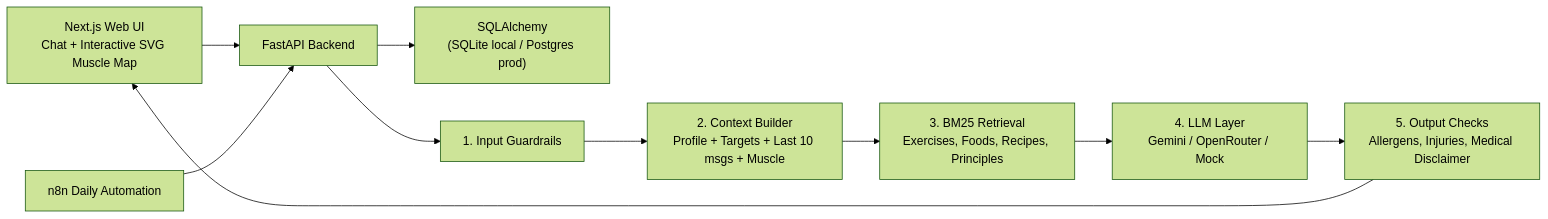
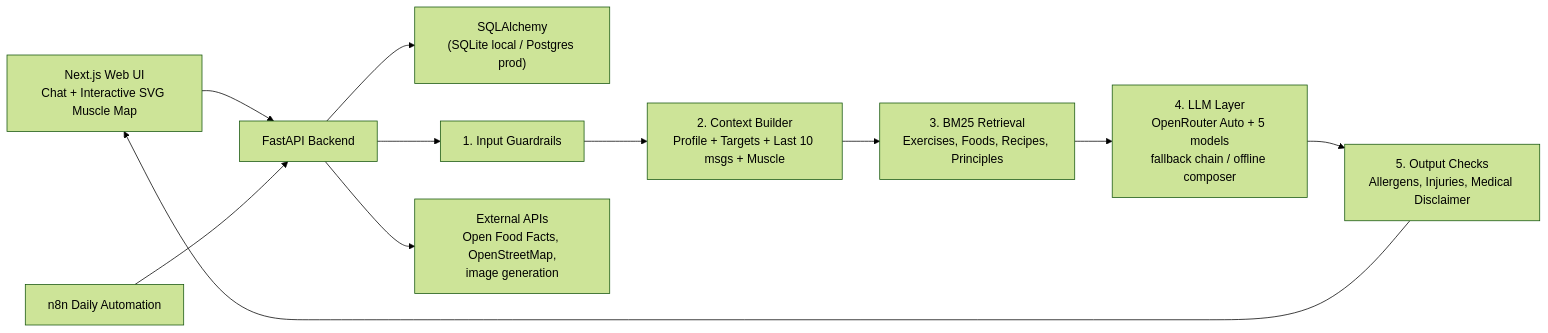
Before and after one commit to axhraf40/GymBuddyAI: the diagram in docs/REPORT.md, drawn with Mermaid (forest theme). The commit also changed other lines of this file and 8 other files, not shown here.

````diff
--- a/docs/REPORT.md
+++ b/docs/REPORT.md
@@ -56,12 +69,13 @@
 ```mermaid
 flowchart LR
   UI["Next.js Web UI<br/>Chat + Interactive SVG Muscle Map"] --> API["FastAPI Backend"]
   API --> DB["SQLAlchemy<br/>(SQLite local / Postgres prod)"]
   API --> G1["1. Input Guardrails"]
   G1 --> CTX["2. Context Builder<br/>Profile + Targets + Last 10 msgs + Muscle"]
   CTX --> RAG["3. BM25 Retrieval<br/>Exercises, Foods, Recipes, Principles"]
-  RAG --> LLM["4. LLM Layer<br/>Gemini / OpenRouter / Mock"]
+  RAG --> LLM["4. LLM Layer<br/>OpenRouter Auto + 5 models<br/>fallback chain / offline composer"]
   LLM --> G2["5. Output Checks<br/>Allergens, Injuries, Medical Disclaimer"]
   G2 --> UI
   N8N["n8n Daily Automation"] --> API
+  API --> EXT["External APIs<br/>Open Food Facts, OpenStreetMap,<br/>image generation"]
 ```
````
